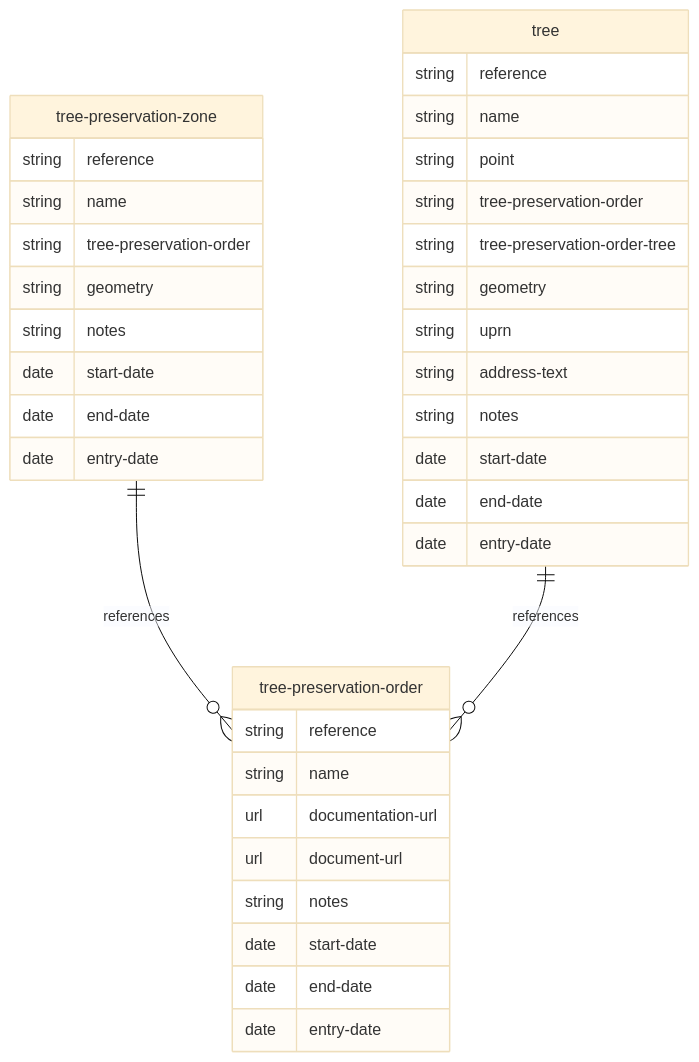
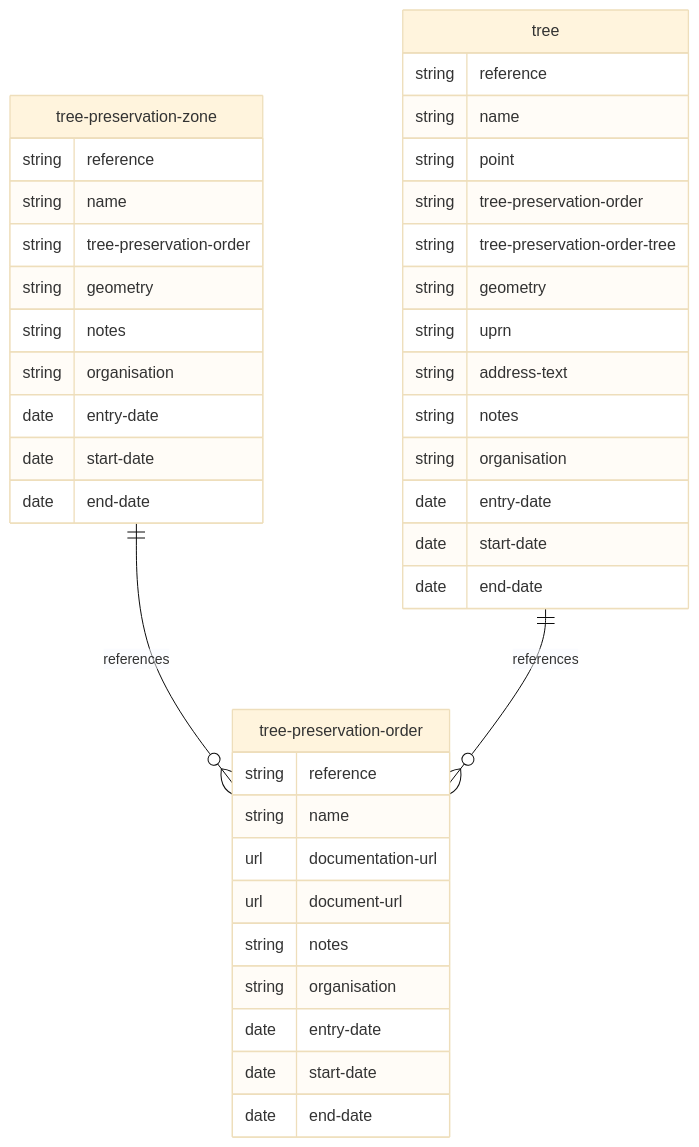
One commit to digital-land/specification changed the diagram in mermaid/tree-preservation-order.md. Above: the diagram before and after it, drawn with Mermaid (base theme). The commit also changed 14 other files, not shown here.

````diff
--- a/mermaid/tree-preservation-order.md
+++ b/mermaid/tree-preservation-order.md
@@ -4,39 +4,42 @@
 ```mermaid
 erDiagram
     tree-preservation-order {
         string reference
         string name
         url documentation-url
         url document-url
         string notes
+        string organisation
+        date entry-date
         date start-date
         date end-date
-        date entry-date
     }
     tree-preservation-zone {
         string reference
         string name
         string tree-preservation-order
         string geometry
         string notes
+        string organisation
+        date entry-date
         date start-date
         date end-date
-        date entry-date
     }
     tree {
         string reference
         string name
         string point
         string tree-preservation-order
         string tree-preservation-order-tree
         string geometry
         string uprn
         string address-text
         string notes
+        string organisation
+        date entry-date
         date start-date
         date end-date
-        date entry-date
     }
     tree-preservation-zone ||--o{ tree-preservation-order : references
     tree ||--o{ tree-preservation-order : references
 ```
````
